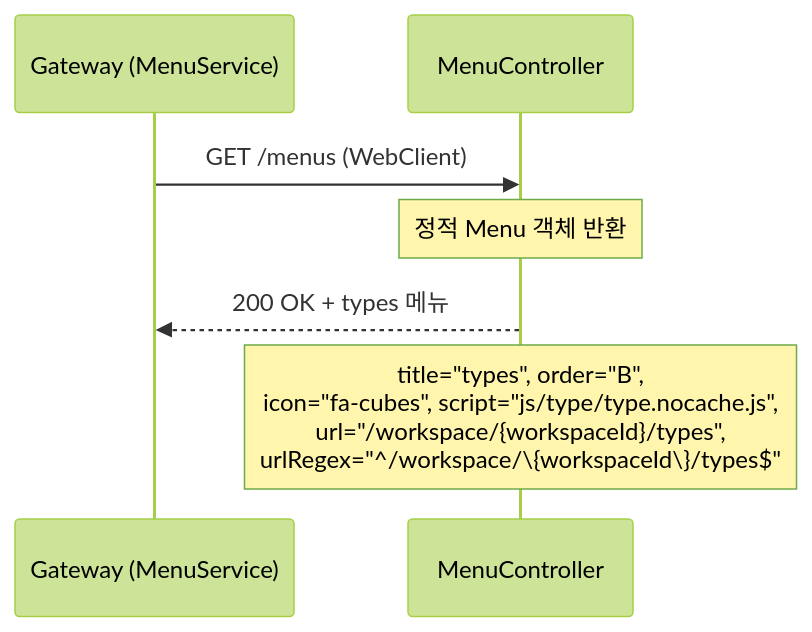
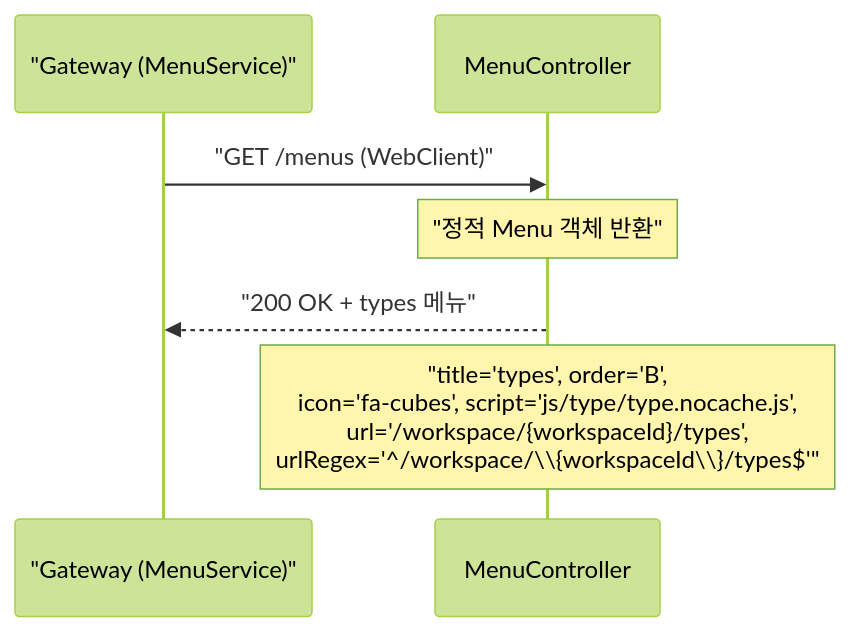
The third of 3 diagrams in search-type/USECASE.md (sayaya1090/handbook), drawn with Mermaid (forest theme) before and after one commit. The commit also changed other lines of this file and 22 other files, not shown here.

First line of the commit message:
docs: Mermaid 다이어그램 렌더링 오류 수정을 위한 구문 전수 교정

````diff
--- a/search-type/USECASE.md
+++ b/search-type/USECASE.md
@@ -56,10 +56,10 @@
 ```mermaid
 sequenceDiagram
-    participant GW as Gateway (MenuService)
+    participant GW as "Gateway (MenuService)"
     participant Ctrl as MenuController
 
-    GW->>Ctrl: GET /menus (WebClient)
-    Note over Ctrl: 정적 Menu 객체 반환
-    Ctrl-->>GW: 200 OK + types 메뉴
-    Note over Ctrl: title="types", order="B",<br/>icon="fa-cubes", script="js/type/type.nocache.js",<br/>url="/workspace/{workspaceId}/types",<br/>urlRegex="^/workspace/\{workspaceId\}/types$"
+    GW->>Ctrl: "GET /menus (WebClient)"
+    Note over Ctrl: "정적 Menu 객체 반환"
+    Ctrl-->>GW: "200 OK + types 메뉴"
+    Note over Ctrl: "title='types', order='B',<br/>icon='fa-cubes', script='js/type/type.nocache.js',<br/>url='/workspace/{workspaceId}/types',<br/>urlRegex='^/workspace/\\{workspaceId\\}/types$'"
 ```
````
